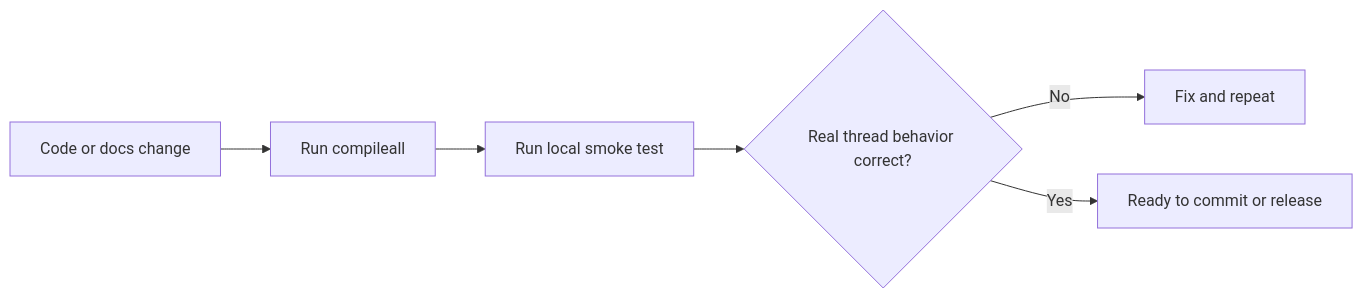
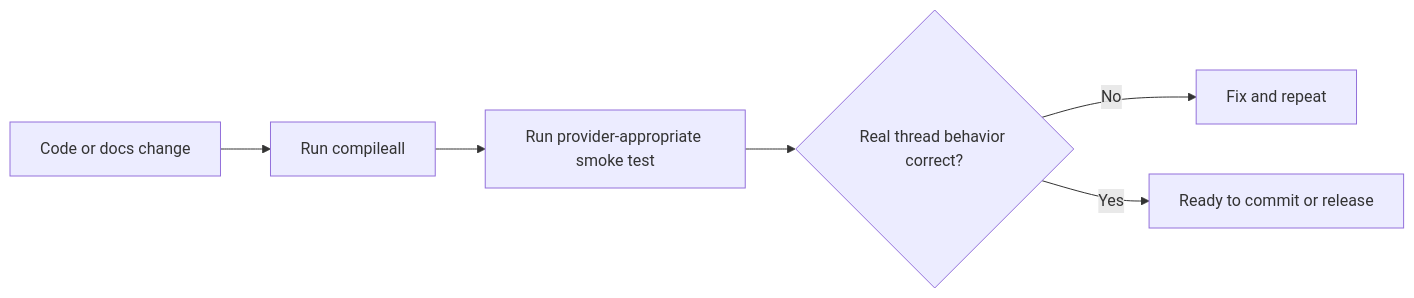
One commit to LunarMothStudios/Canna-Mailroom changed the diagram in docs/testing-and-quality.md. Above: the diagram before and after it, drawn with Mermaid. The commit also changed other lines of this file and 30 other files, not shown here.

````diff
--- a/docs/testing-and-quality.md
+++ b/docs/testing-and-quality.md
@@ -112,8 +141,8 @@
 ```mermaid
 flowchart LR
     Change["Code or docs change"] --> Compile["Run compileall"]
-    Compile --> Smoke["Run local smoke test"]
+    Compile --> Smoke["Run provider-appropriate smoke test"]
     Smoke --> Thread{"Real thread behavior correct?"}
     Thread -- No --> Fix["Fix and repeat"]
     Thread -- Yes --> Ship["Ready to commit or release"]
 ```
````
